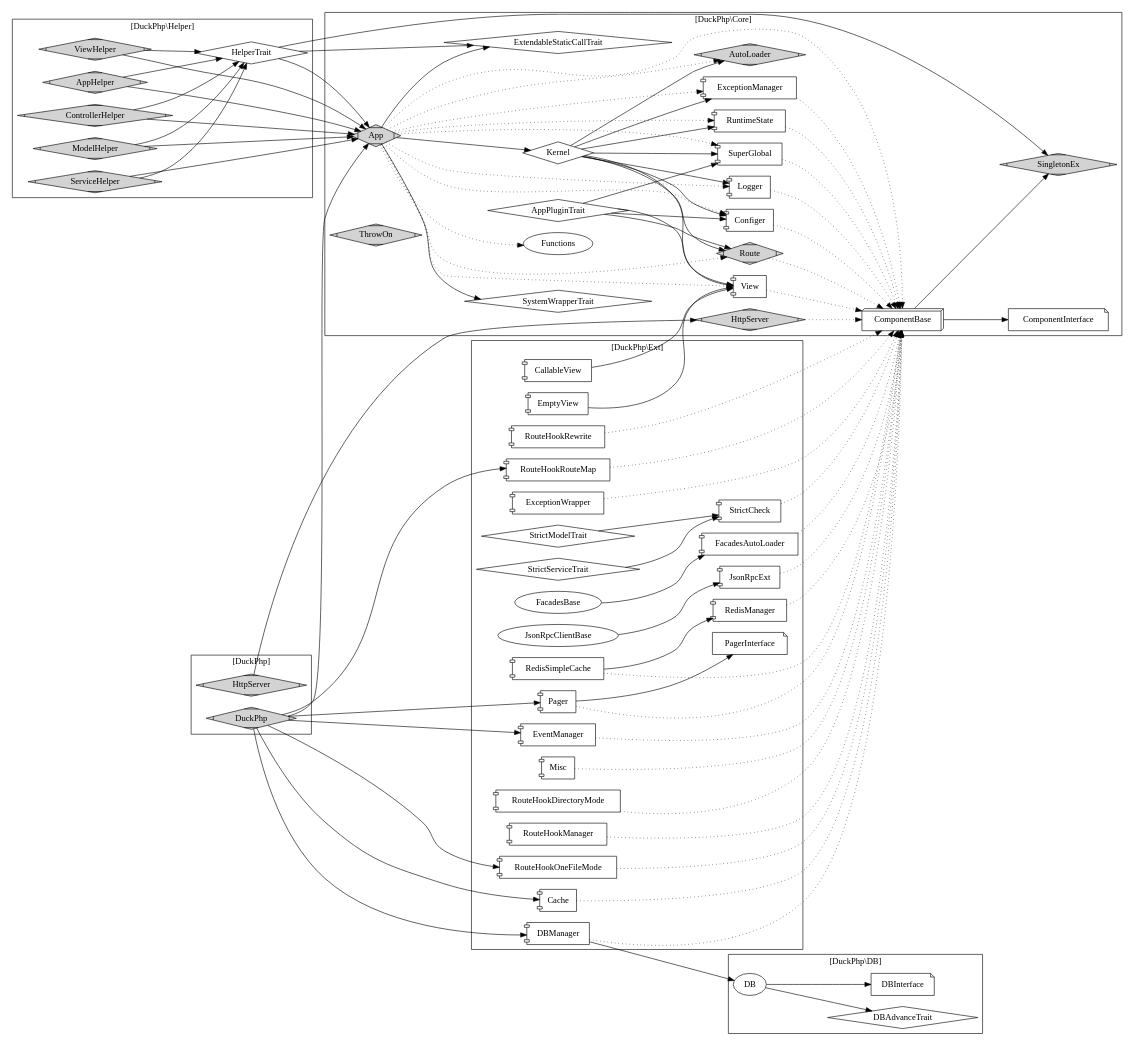
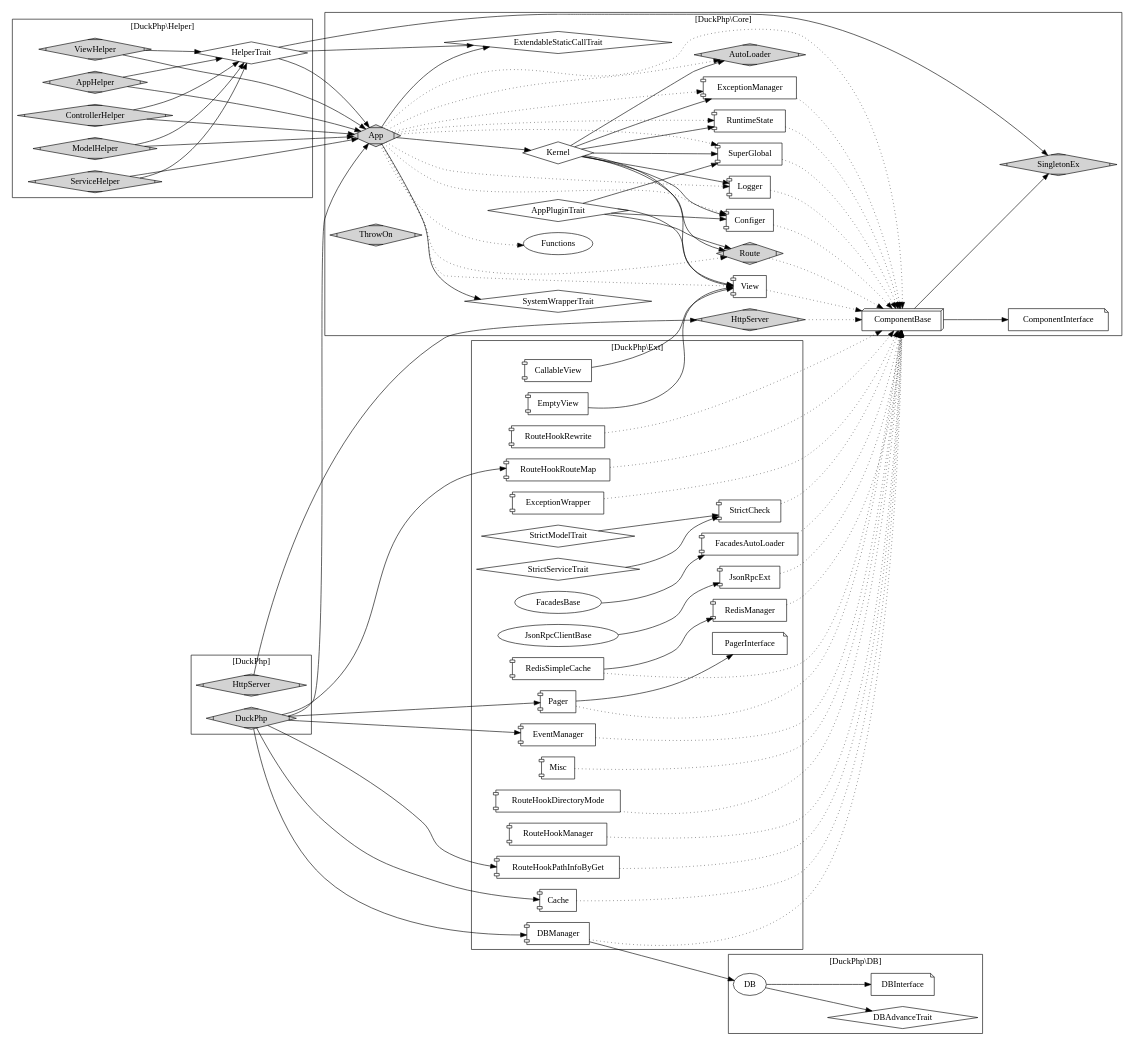
Before and after one commit to dvaknheo/duckphp: the diagram in doc/duckphp.gv, drawn with Graphviz. The commit also changed 20 other files, not shown here.

Commit message:
RouteHookOneFileMode => RouteHookPathInfoByGet WrapperWithException => ExceptionWrapper

```diff
--- a/doc/duckphp.gv
+++ b/doc/duckphp.gv
@@ -1,198 +1,198 @@
 digraph G{
 /* This is a graphviz file */
 graph [rankdir = "LR"];
 
 subgraph cluster_Core {
     
     label = "[DuckPhp\\Core]";
 
     Core_AppPluginTrait [label="AppPluginTrait";shape=diamond];
     Core_App [label="App";shape=Mdiamond;style=filled]; 
     Core_Kernel [label="Kernel";shape="diamond"];
     Core_SingletonEx [label="SingletonEx";shape=Mdiamond;style=filled];
     Core_AutoLoader [label="AutoLoader";shape=Mdiamond;style=filled];
     Core_ExceptionManager [label="ExceptionManager";shape="component"];
     Core_View [label="View";shape="component"];
     Core_Configer [label="Configer";shape="component"];
     Core_Logger [label="Logger";shape="component"];
     Core_Route [label="Route";shape=Mdiamond;style=filled];
     Core_RuntimeState [label="RuntimeState";shape="component"];
     Core_SystemWrapperTrait [label="SystemWrapperTrait";shape=diamond];
     
     Core_HttpServer [label="HttpServer";shape=Mdiamond;style=filled];
     Core_SuperGlobal [label="SuperGlobal";shape="component"];
 
     Core_ExtendableStaticCallTrait [label="ExtendableStaticCallTrait";shape=diamond];
     
     Core_ThrowOn [label="ThrowOn";shape=Mdiamond;style=filled];
     Core_ComponentInterface [label="ComponentInterface";shape=note];
     Core_ComponentBase [label="ComponentBase";shape=box3d];
     Core_Functions [label="Functions"];
 
 
     Core_Kernel -> Core_AutoLoader ;
     Core_Kernel -> Core_Configer;
     Core_Kernel -> Core_Logger;
     Core_Kernel -> Core_ExceptionManager;
     Core_Kernel -> Core_Route;
     Core_Kernel -> Core_RuntimeState;
     Core_Kernel -> Core_View;
     Core_Kernel -> Core_SuperGlobal;
     
     Core_App -> Core_Kernel;
     Core_App -> Core_ExtendableStaticCallTrait;
     Core_App -> Core_SystemWrapperTrait;
     
     Core_App -> Core_AutoLoader [style="dotted"];
     Core_App -> Core_Configer [style="dotted"];
     Core_App -> Core_Logger [style="dotted"];
     Core_App -> Core_ExceptionManager [style="dotted"];
     Core_App -> Core_Route [style="dotted"];
     Core_App -> Core_RuntimeState [style="dotted"];
     Core_App -> Core_View [style="dotted"];
     Core_App -> Core_SuperGlobal [style="dotted"];
     
     Core_App -> Core_Functions [style="dotted"];
     Core_App -> Core_ComponentBase [style="dotted"];
 
 
     Core_AppPluginTrait -> Core_Configer;
     Core_AppPluginTrait -> Core_View;
     Core_AppPluginTrait -> Core_Route;
     Core_AppPluginTrait -> Core_SuperGlobal;
     
     
     Core_ExceptionManager -> Core_ComponentBase [style="dotted"];
     Core_Configer -> Core_ComponentBase [style="dotted"];
     Core_Route -> Core_ComponentBase [style="dotted"];
     Core_SuperGlobal -> Core_ComponentBase [style="dotted"];
     Core_RuntimeState -> Core_ComponentBase [style="dotted"];
     Core_View -> Core_ComponentBase [style="dotted"];
     Core_Logger -> Core_ComponentBase [style="dotted"];
     Core_HttpServer -> Core_ComponentBase [style="dotted"];
 
     
     Core_ComponentBase -> Core_ComponentInterface;
     Core_ComponentBase -> Core_SingletonEx;
     
     
 }
 
 
 
 
 subgraph cluster_Helper {
     
     label = "[DuckPhp\\Helper]";
     
     AppHelper [label="AppHelper";shape=Mdiamond;style=filled];
     ControllerHelper [label="ControllerHelper";shape=Mdiamond;style=filled];
     ModelHelper [label="ModelHelper";shape=Mdiamond;style=filled];
     ServiceHelper [label="ServiceHelper";shape=Mdiamond;style=filled];
     ViewHelper [label="ViewHelper";shape=Mdiamond;style=filled];
     HelperTrait [label="HelperTrait";shape=diamond];
     
     AppHelper -> Core_App; 
     ControllerHelper -> Core_App; 
     ModelHelper -> Core_App; 
     ServiceHelper -> Core_App; 
     ViewHelper -> Core_App; 
     HelperTrait -> Core_SingletonEx;
     HelperTrait -> Core_App;
     HelperTrait -> Core_ExtendableStaticCallTrait ;
     
     AppHelper -> HelperTrait; 
     ControllerHelper -> HelperTrait; 
     ModelHelper -> HelperTrait; 
     ServiceHelper -> HelperTrait; 
     ViewHelper -> HelperTrait; 
 
 }
 
 subgraph cluster_DB {
     label = "[DuckPhp\\DB]";
 
     DB_DB [label="DB"];
     DB_DBAdvanceTrait [label="DBAdvanceTrait";shape=diamond];
     DB_DBInterface [label="DBInterface";shape=note];
     
     DB_DB -> DB_DBAdvanceTrait;
     DB_DB -> DB_DBInterface;
 }
 
 subgraph cluster_Ext {
     label = "[DuckPhp\\Ext]";
 
     CallableView[shape="component"];
     Cache[shape="component"];
     DBManager[shape="component"];
     EmptyView[shape="component"];
     EventManager[shape="component"];
     FacadesAutoLoader[shape="component"];
     FacadesBase ;
     JsonRpcClientBase ;
     JsonRpcExt[shape="component"];
     Misc[shape="component"];
     Pager[shape="component"];
     PagerInterface [shape=note];
     RedisManager[shape="component"];
     RedisSimpleCache[shape="component"];
     RouteHookDirectoryMode[shape="component"];
     RouteHookManager[shape="component"];
-    RouteHookOneFileMode[shape="component"];
+    RouteHookPathInfoByGet[shape="component"];
     RouteHookRewrite[shape="component"];
     RouteHookRouteMap[shape="component"];
     StrictCheck[shape="component"];
     StrictModelTrait [shape=diamond];
     StrictServiceTrait [shape=diamond];
     ExceptionWrapper [shape="component"];
 
     DBManager -> DB_DB;
     CallableView ->Core_View; 
     EmptyView ->Core_View; 
     JsonRpcClientBase ->JsonRpcExt;
     FacadesBase -> FacadesAutoLoader;
     Pager -> PagerInterface; 
     RedisSimpleCache -> RedisManager;
     StrictModelTrait -> StrictCheck; 
     StrictServiceTrait -> StrictCheck; 
     
     FacadesAutoLoader -> Core_ComponentBase [style="dotted"];
     JsonRpcExt -> Core_ComponentBase [style="dotted"];
     Pager -> Core_ComponentBase [style="dotted"];
     Misc -> Core_ComponentBase [style="dotted"];
     RedisSimpleCache -> Core_ComponentBase [style="dotted"];
     RedisManager -> Core_ComponentBase [style="dotted"];
     Cache -> Core_ComponentBase [style="dotted"];
     StrictCheck -> Core_ComponentBase [style="dotted"];
     RouteHookDirectoryMode -> Core_ComponentBase [style="dotted"];
     RouteHookManager -> Core_ComponentBase [style="dotted"];
-    RouteHookOneFileMode -> Core_ComponentBase [style="dotted"];
+    RouteHookPathInfoByGet -> Core_ComponentBase [style="dotted"];
     RouteHookRewrite -> Core_ComponentBase [style="dotted"];
     RouteHookRouteMap -> Core_ComponentBase [style="dotted"];
     DBManager -> Core_ComponentBase [style="dotted"];
 
     EventManager -> Core_ComponentBase [style="dotted"];
     ExceptionWrapper -> Core_ComponentBase [style="dotted"];
 }
 
 subgraph cluster_DuckPhp {
     label = "[DuckPhp]";
     node [style=filled];
 
     HttpServer -> Core_HttpServer;
     DuckPhp -> Core_App;
 
     DuckPhp -> RouteHookRouteMap;
     DuckPhp -> Pager;
     DuckPhp -> DBManager;
     DuckPhp -> EventManager;
-    DuckPhp -> RouteHookOneFileMode;
+    DuckPhp -> RouteHookPathInfoByGet;
     DuckPhp -> Cache;
 
     DuckPhp [shape=Mdiamond];
     HttpServer [shape=Mdiamond;style=filled];
 
 }
 
 }
```
